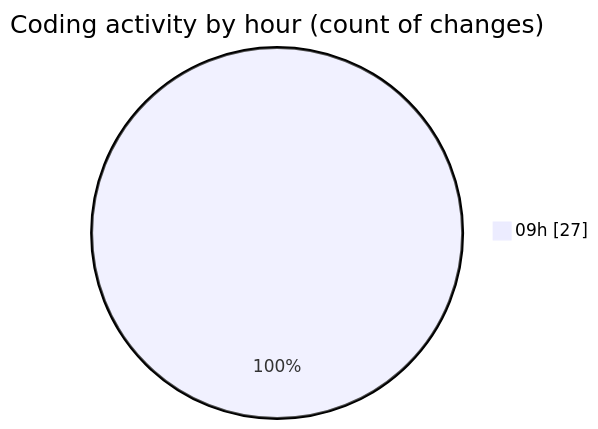
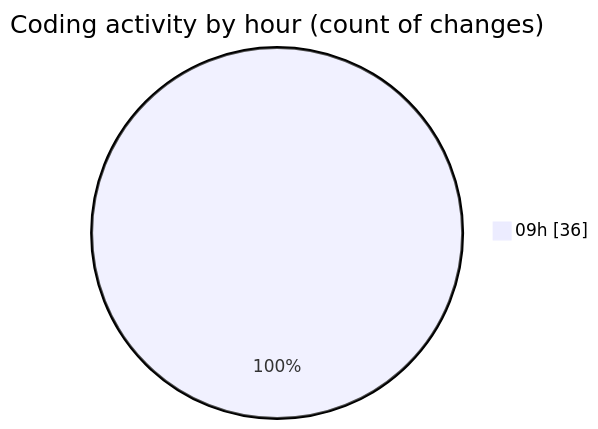
One commit to momahboobian/code-tracking changed the second of 2 diagrams in 2025-03-04/cda/README.md. Above: the diagram before and after it, drawn with Mermaid. The commit also changed other lines of this file and 1 other file, not shown here.

````diff
--- a/2025-03-04/cda/README.md
+++ b/2025-03-04/cda/README.md
@@ -31,5 +32,5 @@
 ```mermaid
 pie showData
 title Coding activity by hour (count of changes)
-"09h" : 27
+"09h" : 36
 ```
````
